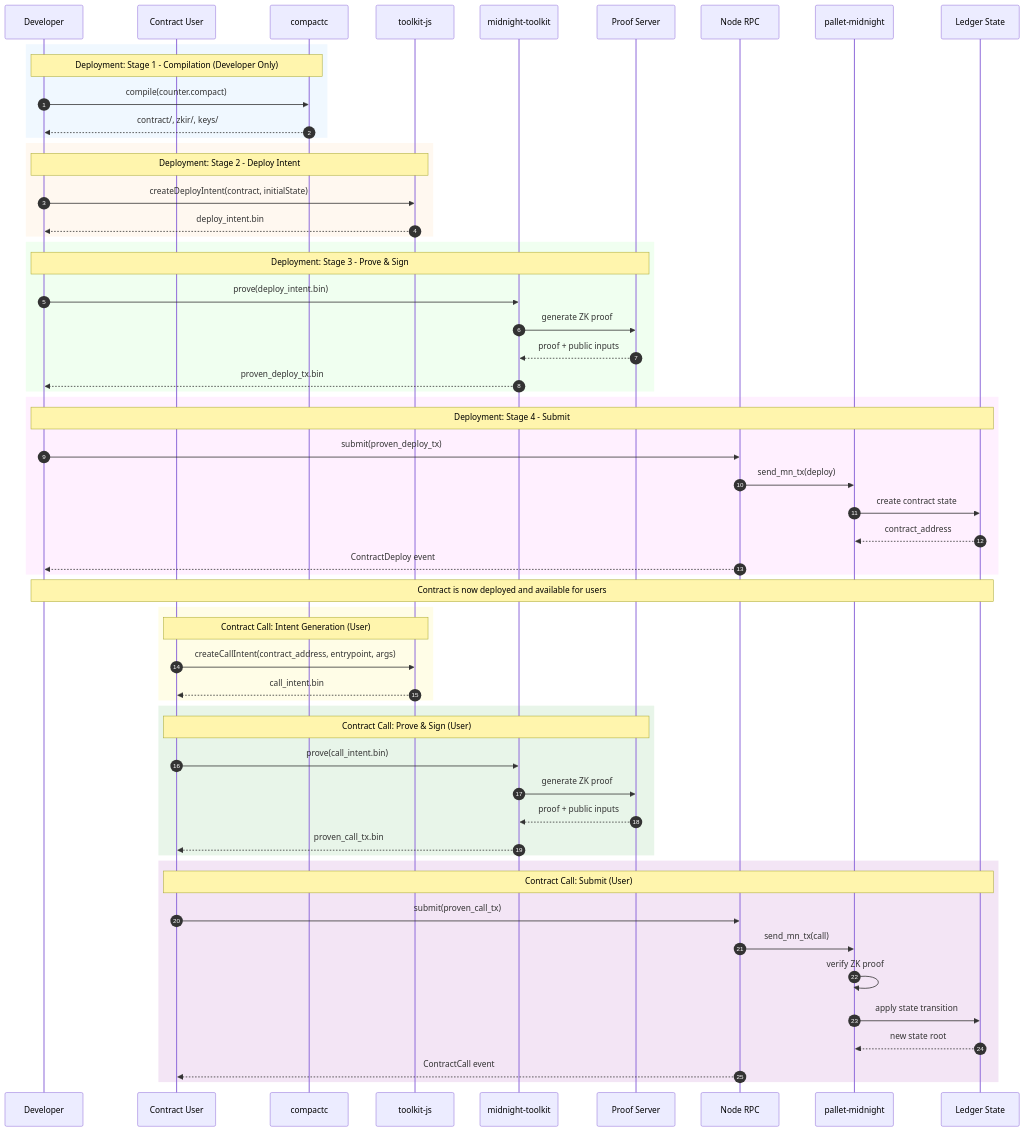
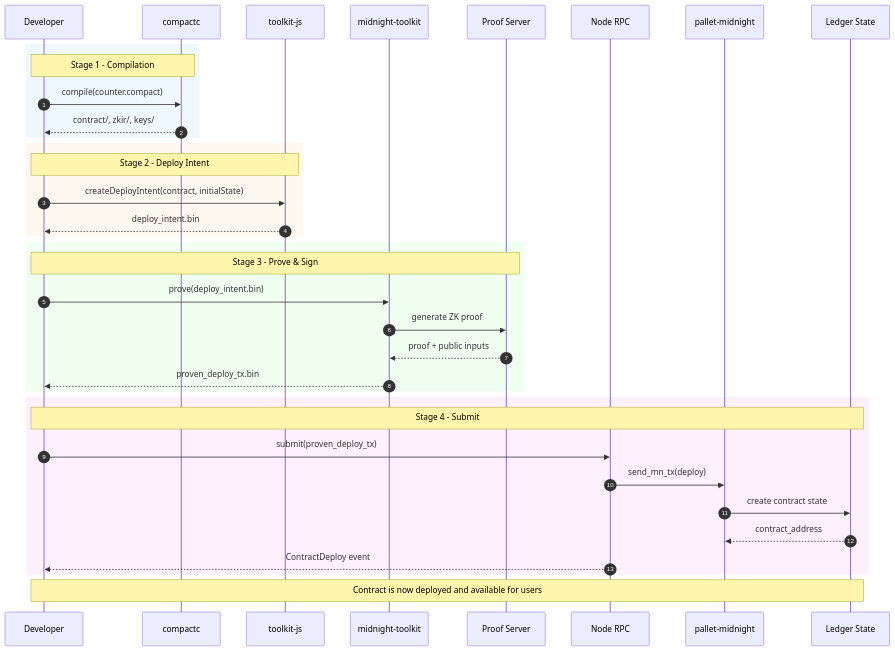
Before and after one commit to ADGLx/midnight-node: the second of 4 diagrams in docs/COMPACT-CONTRACT-DEPLOYMENT.md, drawn with Mermaid.

Commit message:
docs: split deployment and user flows into separate diagrams
- Developer Deployment Flow: compilation through contract creation
- User Contract Call Flow: intent through state transition
- Each diagram has focused participants and clear stage labels

````diff
--- a/docs/COMPACT-CONTRACT-DEPLOYMENT.md
+++ b/docs/COMPACT-CONTRACT-DEPLOYMENT.md
@@ -52,68 +52,43 @@
 ```mermaid
 sequenceDiagram
     autonumber
     participant Dev as Developer
-    participant User as Contract User
     participant Compiler as compactc
     participant Toolkit as toolkit-js
     participant CLI as midnight-toolkit
     participant Prover as Proof Server
     participant RPC as Node RPC
     participant Pallet as pallet-midnight
     participant Ledger as Ledger State
 
     rect rgb(240, 248, 255)
-        Note over Dev,Compiler: Deployment: Stage 1 - Compilation (Developer Only)
+        Note over Dev,Compiler: Stage 1 - Compilation
         Dev->>Compiler: compile(counter.compact)
         Compiler-->>Dev: contract/, zkir/, keys/
     end
 
     rect rgb(255, 248, 240)
-        Note over Dev,Toolkit: Deployment: Stage 2 - Deploy Intent
+        Note over Dev,Toolkit: Stage 2 - Deploy Intent
         Dev->>Toolkit: createDeployIntent(contract, initialState)
         Toolkit-->>Dev: deploy_intent.bin
     end
 
     rect rgb(240, 255, 240)
-        Note over Dev,Prover: Deployment: Stage 3 - Prove & Sign
+        Note over Dev,Prover: Stage 3 - Prove & Sign
         Dev->>CLI: prove(deploy_intent.bin)
         CLI->>Prover: generate ZK proof
         Prover-->>CLI: proof + public inputs
         CLI-->>Dev: proven_deploy_tx.bin
     end
 
     rect rgb(255, 240, 255)
-        Note over Dev,Ledger: Deployment: Stage 4 - Submit
+        Note over Dev,Ledger: Stage 4 - Submit
         Dev->>RPC: submit(proven_deploy_tx)
         RPC->>Pallet: send_mn_tx(deploy)
         Pallet->>Ledger: create contract state
         Ledger-->>Pallet: contract_address
         RPC-->>Dev: ContractDeploy event
     end
 
     Note over Dev,Ledger: Contract is now deployed and available for users
-
-    rect rgb(255, 253, 231)
-        Note over User,Toolkit: Contract Call: Intent Generation (User)
-        User->>Toolkit: createCallIntent(contract_address, entrypoint, args)
-        Toolkit-->>User: call_intent.bin
-    end
-
-    rect rgb(232, 245, 233)
-        Note over User,Prover: Contract Call: Prove & Sign (User)
-        User->>CLI: prove(call_intent.bin)
-        CLI->>Prover: generate ZK proof
-        Prover-->>CLI: proof + public inputs
-        CLI-->>User: proven_call_tx.bin
-    end
-
-    rect rgb(243, 229, 245)
-        Note over User,Ledger: Contract Call: Submit (User)
-        User->>RPC: submit(proven_call_tx)
-        RPC->>Pallet: send_mn_tx(call)
-        Pallet->>Pallet: verify ZK proof
-        Pallet->>Ledger: apply state transition
-        Ledger-->>Pallet: new state root
-        RPC-->>User: ContractCall event
-    end
 ```
````
